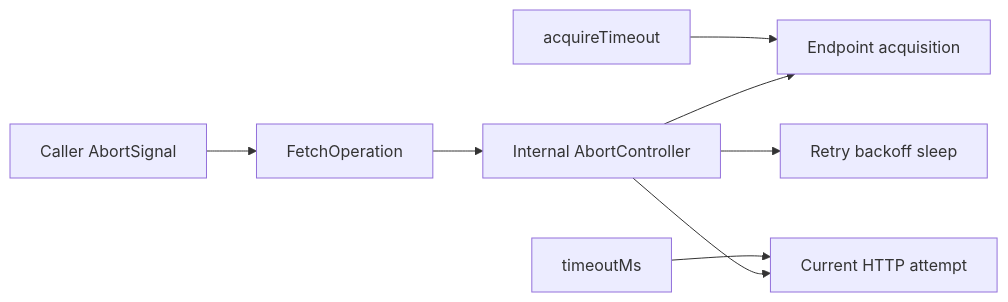
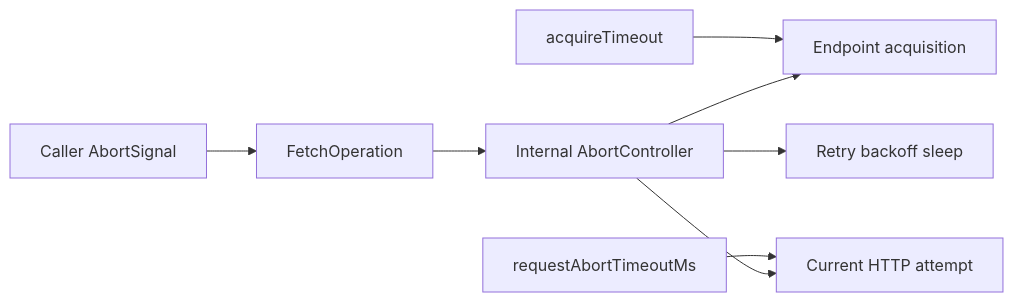
Before and after one commit to Snoke19/ctgov-history-sync: the fifth of 9 diagrams in README.md, drawn with Mermaid. The commit also changed other lines of this file, not shown here.

Commit message:
docs: update README to match current architecture

````diff
--- a/README.md
+++ b/README.md
@@ -165,11 +177,11 @@
 ```mermaid
 flowchart LR
     SIG[Caller AbortSignal] --> FO[FetchOperation]
     FO --> C[Internal AbortController]
     C --> EM[Endpoint acquisition]
     C --> HTTP[Current HTTP attempt]
     C --> SLEEP[Retry backoff sleep]
 
     AT[acquireTimeout] --> EM
-    TM[timeoutMs] --> HTTP
+    TM[requestAbortTimeoutMs] --> HTTP
 ```
````
